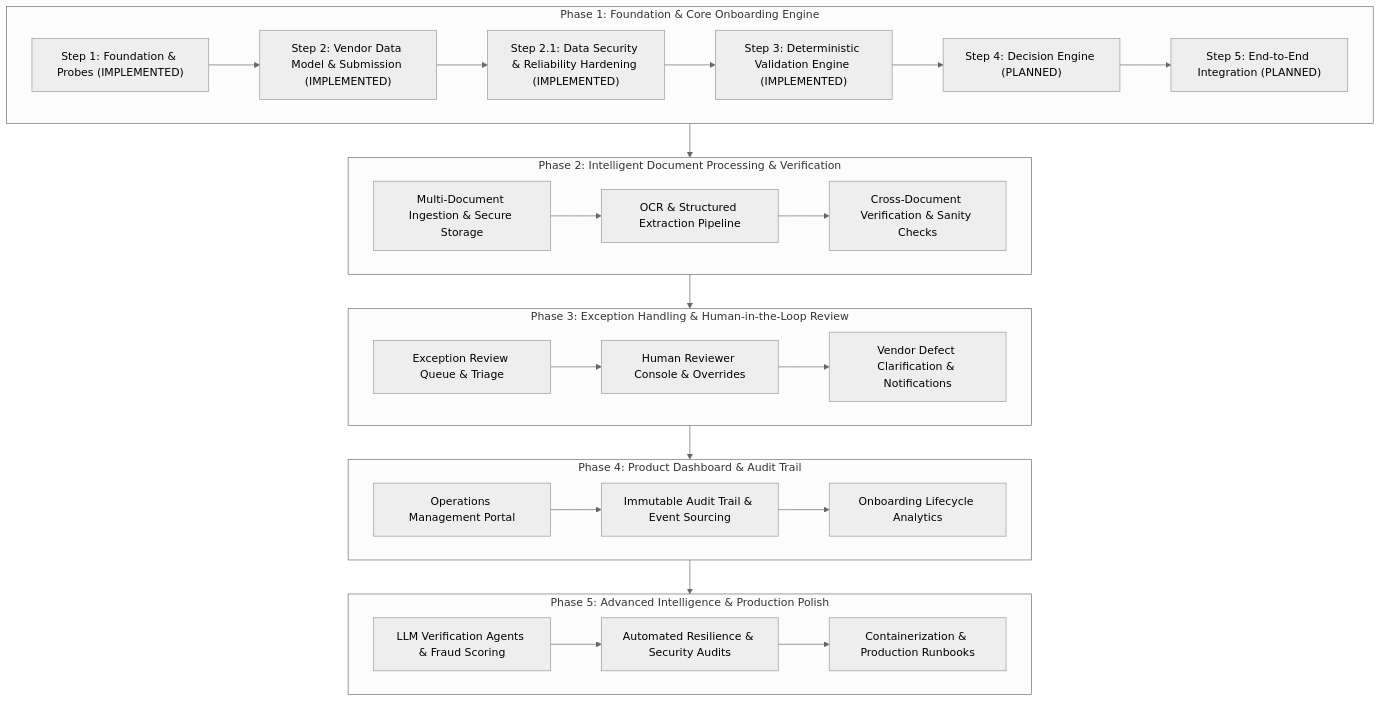
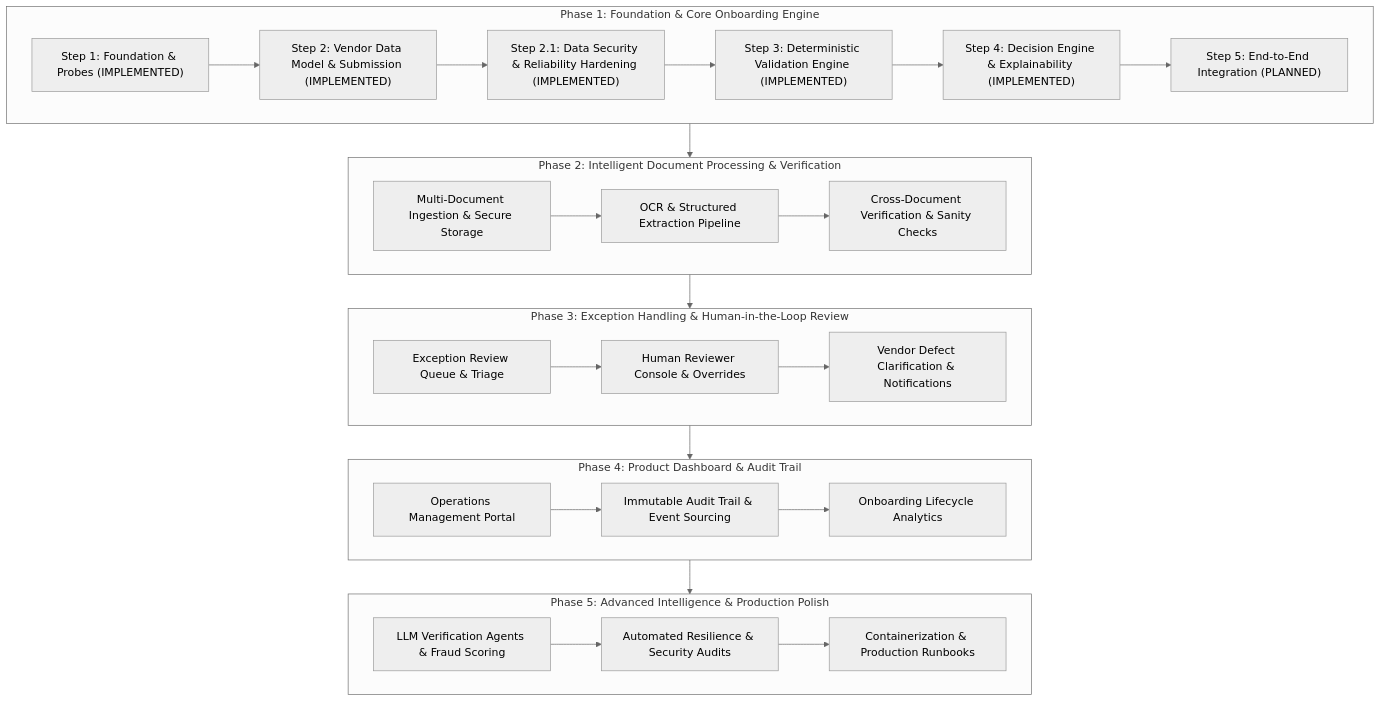
The diagram in docs/architecture.md (Tocoung/Zamp), drawn with Mermaid (neutral theme) before and after one commit. The commit also changed other lines of this file and 22 other files, not shown here.

Commit message:
feat(step4): implement deterministic decision engine and explainability

````diff
--- a/docs/architecture.md
+++ b/docs/architecture.md
@@ -229,35 +229,35 @@
 ```mermaid
 flowchart TD
     subgraph P1["Phase 1: Foundation & Core Onboarding Engine"]
         F1["Step 1: Foundation & Probes (IMPLEMENTED)"] --> F2["Step 2: Vendor Data Model & Submission (IMPLEMENTED)"]
         F2 --> F2_1["Step 2.1: Data Security & Reliability Hardening (IMPLEMENTED)"]
         F2_1 --> F3["Step 3: Deterministic Validation Engine (IMPLEMENTED)"]
-        F3 --> F4["Step 4: Decision Engine (PLANNED)"]
+        F3 --> F4["Step 4: Decision Engine & Explainability (IMPLEMENTED)"]
         F4 --> F5["Step 5: End-to-End Integration (PLANNED)"]
     end
 
     subgraph P2["Phase 2: Intelligent Document Processing & Verification"]
         D1["Multi-Document Ingestion & Secure Storage"] --> D2["OCR & Structured Extraction Pipeline"]
         D2 --> D3["Cross-Document Verification & Sanity Checks"]
     end
 
     subgraph P3["Phase 3: Exception Handling & Human-in-the-Loop Review"]
         E1["Exception Review Queue & Triage"] --> E2["Human Reviewer Console & Overrides"]
         E2 --> E3["Vendor Defect Clarification & Notifications"]
     end
 
     subgraph P4["Phase 4: Product Dashboard & Audit Trail"]
         U1["Operations Management Portal"] --> U2["Immutable Audit Trail & Event Sourcing"]
         U2 --> U3["Onboarding Lifecycle Analytics"]
     end
 
     subgraph P5["Phase 5: Advanced Intelligence & Production Polish"]
         A1["LLM Verification Agents & Fraud Scoring"] --> A2["Automated Resilience & Security Audits"]
         A2 --> A3["Containerization & Production Runbooks"]
     end
 
     P1 --> P2
     P2 --> P3
     P3 --> P4
     P4 --> P5
 ```
````
